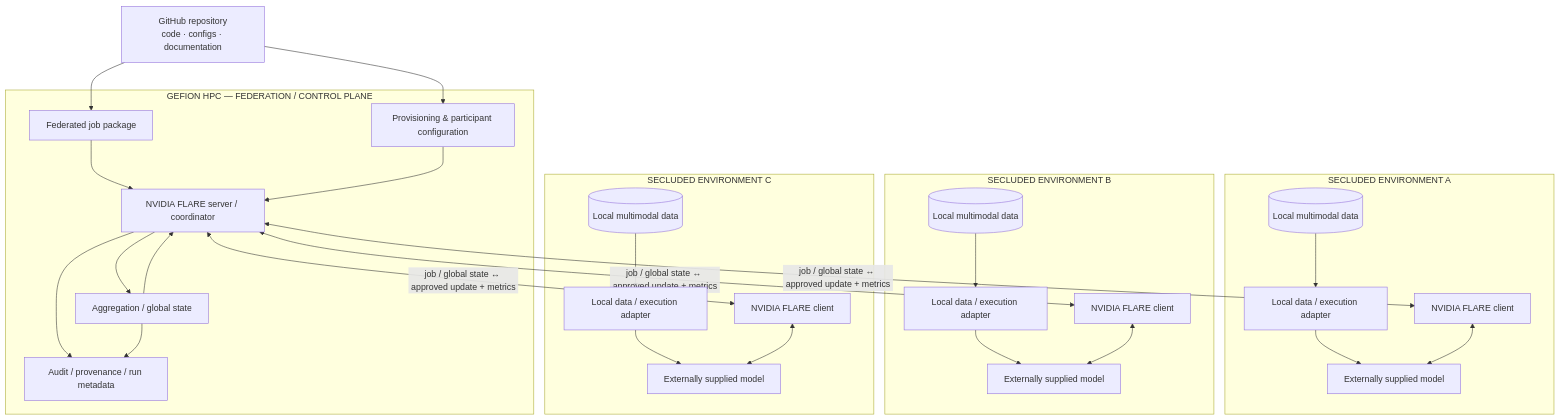
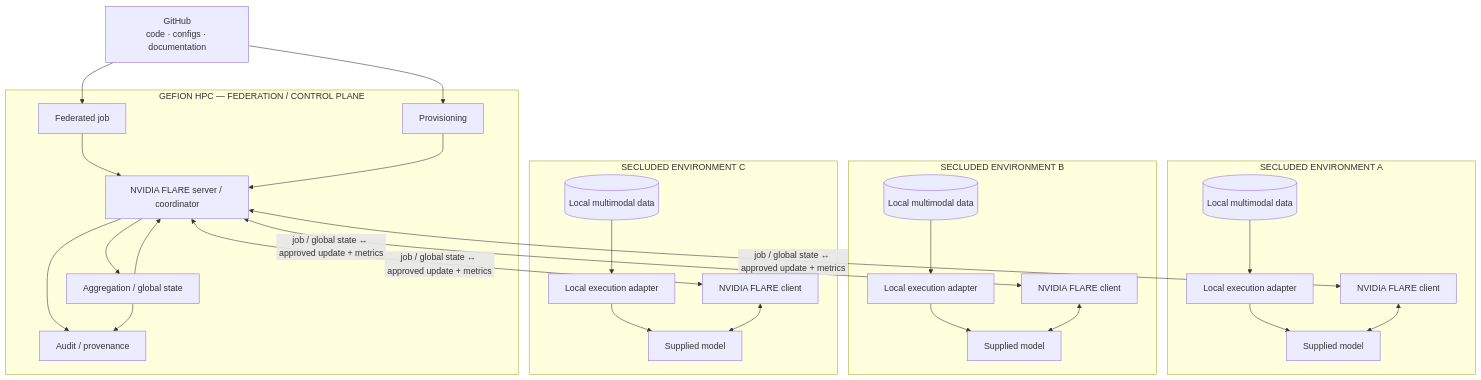
Before and after one commit to collaborativebioinformatics/Internal_federation_supercomputing_environment: the first of 3 diagrams in README.md, drawn with Mermaid. The commit also changed other lines of this file and 5 other files, not shown here.

Commit message:
Update README, infrastructure methods and project graphics

````diff
--- a/README.md
+++ b/README.md
@@ -33,53 +146,53 @@
 ```mermaid
 flowchart TB
-    REPO["GitHub repository<br/>code · configs · documentation"]
+    REPO["GitHub<br/>code · configs · documentation"]
 
     subgraph GEFION["GEFION HPC — FEDERATION / CONTROL PLANE"]
-        JOB["Federated job package"]
+        JOB["Federated job"]
         SERVER["NVIDIA FLARE server / coordinator"]
         AGG["Aggregation / global state"]
-        PROV["Provisioning & participant configuration"]
-        AUDIT["Audit / provenance / run metadata"]
+        PROV["Provisioning"]
+        AUDIT["Audit / provenance"]
 
         JOB --> SERVER
         PROV --> SERVER
         SERVER --> AGG
         AGG --> SERVER
         SERVER --> AUDIT
         AGG --> AUDIT
     end
 
     REPO --> JOB
     REPO --> PROV
 
-    subgraph SITEA["SECLUDED ENVIRONMENT A"]
-        ACLIENT["NVIDIA FLARE client"]
-        AADAPT["Local data / execution adapter"]
-        AMODEL["Externally supplied model"]
-        ADATA[("Local multimodal data")]
-        ADATA --> AADAPT --> AMODEL
-        ACLIENT <--> AMODEL
+    subgraph A["SECLUDED ENVIRONMENT A"]
+        AC["NVIDIA FLARE client"]
+        AA["Local execution adapter"]
+        AM["Supplied model"]
+        AD[("Local multimodal data")]
+        AD --> AA --> AM
+        AC <--> AM
     end
 
-    subgraph SITEB["SECLUDED ENVIRONMENT B"]
-        BCLIENT["NVIDIA FLARE client"]
-        BADAPT["Local data / execution adapter"]
-        BMODEL["Externally supplied model"]
-        BDATA[("Local multimodal data")]
-        BDATA --> BADAPT --> BMODEL
-        BCLIENT <--> BMODEL
+    subgraph B["SECLUDED ENVIRONMENT B"]
+        BC["NVIDIA FLARE client"]
+        BA["Local execution adapter"]
+        BM["Supplied model"]
+        BD[("Local multimodal data")]
+        BD --> BA --> BM
+        BC <--> BM
     end
 
-    subgraph SITEC["SECLUDED ENVIRONMENT C"]
-        CCLIENT["NVIDIA FLARE client"]
-        CADAPT["Local data / execution adapter"]
-        CMODEL["Externally supplied model"]
-        CDATA[("Local multimodal data")]
-        CDATA --> CADAPT --> CMODEL
-        CCLIENT <--> CMODEL
+    subgraph C["SECLUDED ENVIRONMENT C"]
+        CC["NVIDIA FLARE client"]
+        CA["Local execution adapter"]
+        CM["Supplied model"]
+        CD[("Local multimodal data")]
+        CD --> CA --> CM
+        CC <--> CM
     end
 
-    SERVER <-->|"job / global state ↔ approved update + metrics"| ACLIENT
-    SERVER <-->|"job / global state ↔ approved update + metrics"| BCLIENT
-    SERVER <-->|"job / global state ↔ approved update + metrics"| CCLIENT
+    SERVER <-->|"job / global state ↔ approved update + metrics"| AC
+    SERVER <-->|"job / global state ↔ approved update + metrics"| BC
+    SERVER <-->|"job / global state ↔ approved update + metrics"| CC
 ```
````
